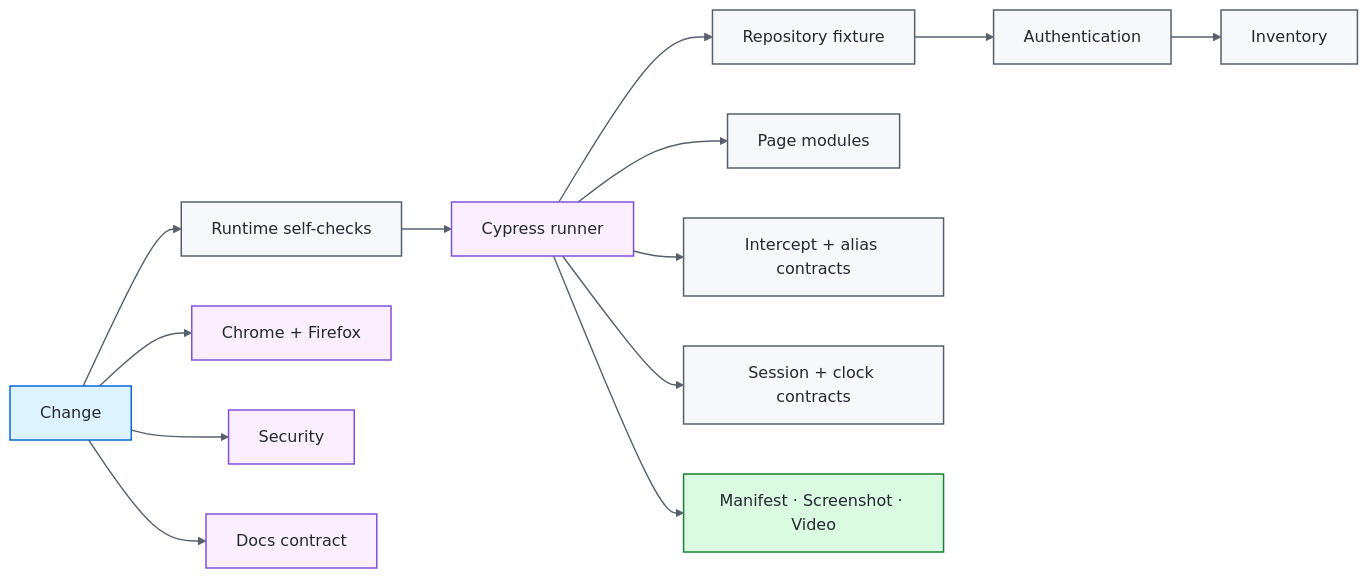
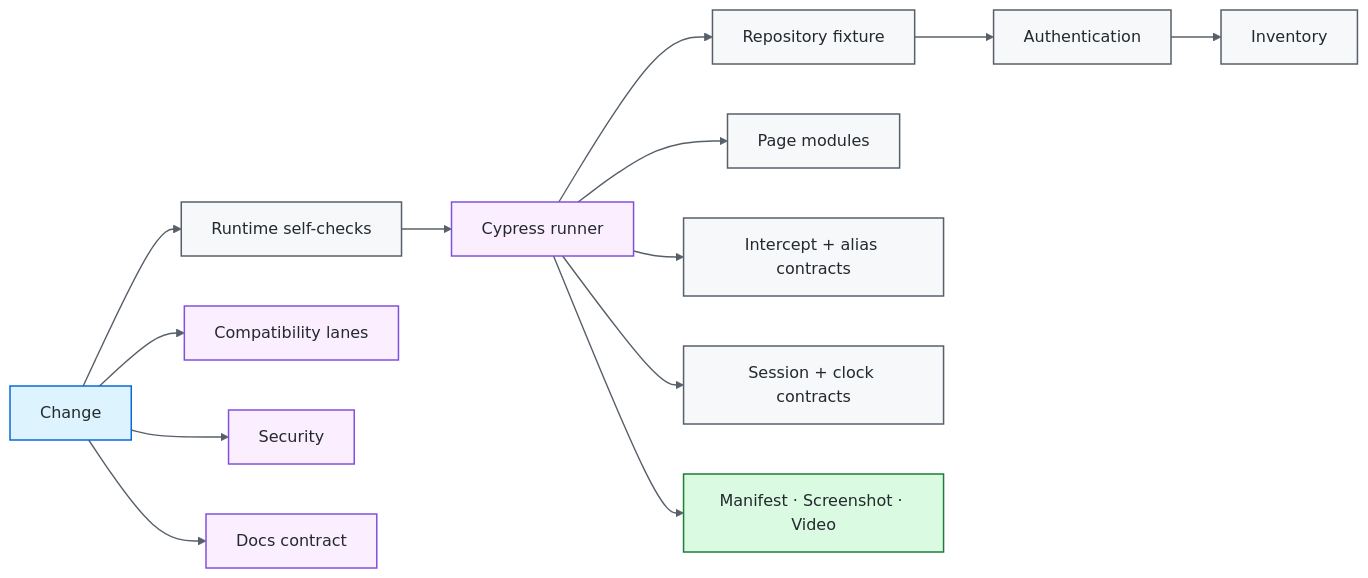
One commit to portyu9/qa-automation-ui-cypress changed the diagram in README.md. Above: the diagram before and after it, drawn with Mermaid. The commit also changed other lines of this file, not shown here.

Commit message:
Align Cypress README with security and compatibility gates

````diff
--- a/README.md
+++ b/README.md
@@ -39,25 +40,25 @@
 ```mermaid
 flowchart LR
     CHANGE[Change] --> CFG[Runtime self-checks]
     CFG --> CYP[Cypress runner]
     CYP --> FIX[Repository fixture]
     FIX --> AUTH[Authentication]
     AUTH --> INV[Inventory]
     CYP --> PAGE[Page modules]
     CYP --> NET[Intercept + alias contracts]
     CYP --> STATE[Session + clock contracts]
     CYP --> EV[Manifest · Screenshot · Video]
-    CHANGE --> EXT[Chrome + Firefox]
+    CHANGE --> EXT[Compatibility lanes]
     CHANGE --> SEC[Security]
     CHANGE --> DOCS[Docs contract]
 
     classDef entry fill:#ddf4ff,stroke:#0969da,color:#24292f,stroke-width:1.5px;
     classDef core fill:#f6f8fa,stroke:#57606a,color:#24292f,stroke-width:1.5px;
     classDef gate fill:#fbefff,stroke:#8250df,color:#24292f,stroke-width:1.5px;
     classDef evidence fill:#dafbe1,stroke:#1a7f37,color:#24292f,stroke-width:1.5px;
     class CHANGE entry;
     class CFG,FIX,AUTH,INV,PAGE,NET,STATE core;
     class CYP,EXT,SEC,DOCS gate;
     class EV evidence;
     linkStyle default stroke:#57606a,stroke-width:1.4px;
 ```
````
